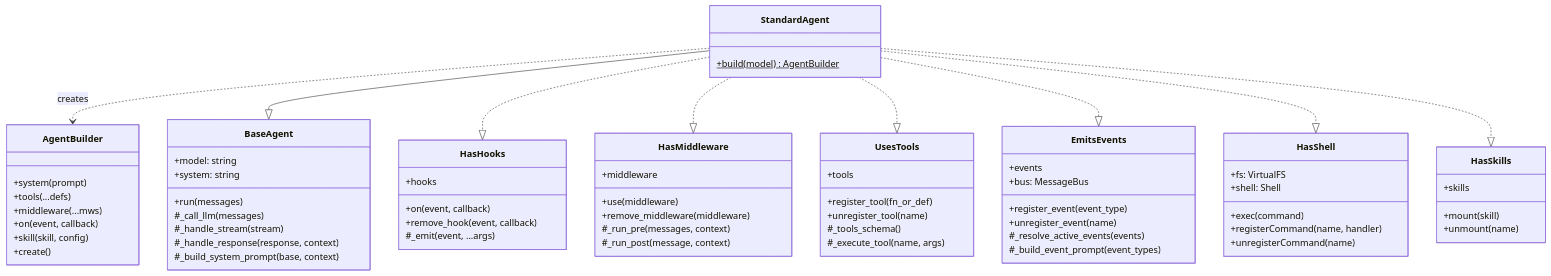
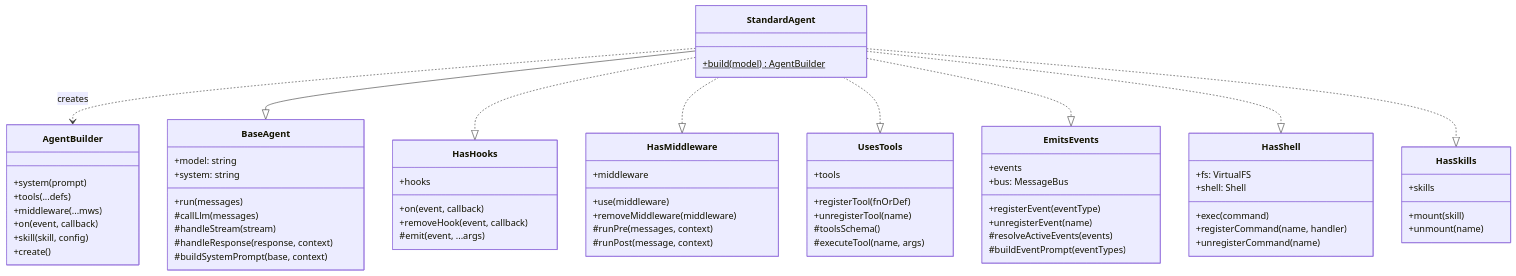
The first of 4 diagrams in docs/architecture.md (looksystems/playground-harness), drawn with Mermaid before and after one commit. The commit also changed other lines of this file and 4 other files, not shown here.

First line of the commit message:
Sync docs with implementations: fix naming, types, paths, and hook counts

````diff
--- a/docs/architecture.md
+++ b/docs/architecture.md
@@ -13,71 +13,71 @@
 ```mermaid
 classDiagram
     class BaseAgent {
         +model: string
         +system: string
         +run(messages)
-        #_call_llm(messages)
-        #_handle_stream(stream)
-        #_handle_response(response, context)
-        #_build_system_prompt(base, context)
+        #callLlm(messages)
+        #handleStream(stream)
+        #handleResponse(response, context)
+        #buildSystemPrompt(base, context)
     }
     class HasHooks {
         +on(event, callback)
-        +remove_hook(event, callback)
+        +removeHook(event, callback)
         +hooks
-        #_emit(event, ...args)
+        #emit(event, ...args)
     }
     class HasMiddleware {
         +use(middleware)
-        +remove_middleware(middleware)
+        +removeMiddleware(middleware)
         +middleware
-        #_run_pre(messages, context)
-        #_run_post(message, context)
+        #runPre(messages, context)
+        #runPost(message, context)
     }
     class UsesTools {
-        +register_tool(fn_or_def)
-        +unregister_tool(name)
+        +registerTool(fnOrDef)
+        +unregisterTool(name)
         +tools
-        #_tools_schema()
-        #_execute_tool(name, args)
+        #toolsSchema()
+        #executeTool(name, args)
     }
     class EmitsEvents {
-        +register_event(event_type)
-        +unregister_event(name)
+        +registerEvent(eventType)
+        +unregisterEvent(name)
         +events
         +bus: MessageBus
-        #_resolve_active_events(events)
-        #_build_event_prompt(event_types)
+        #resolveActiveEvents(events)
+        #buildEventPrompt(eventTypes)
     }
     class HasShell {
         +fs: VirtualFS
         +shell: Shell
         +exec(command)
         +registerCommand(name, handler)
         +unregisterCommand(name)
     }
     class HasSkills {
         +mount(skill)
         +unmount(name)
         +skills
     }
     class AgentBuilder {
         +system(prompt)
         +tools(...defs)
         +middleware(...mws)
         +on(event, callback)
         +skill(skill, config)
         +create()
     }
     class StandardAgent {
         +build(model)$ AgentBuilder
     }
     StandardAgent ..> AgentBuilder : creates
     StandardAgent --|> BaseAgent
     StandardAgent ..|> HasHooks
     StandardAgent ..|> HasMiddleware
     StandardAgent ..|> UsesTools
     StandardAgent ..|> EmitsEvents
     StandardAgent ..|> HasShell
     StandardAgent ..|> HasSkills
 ```
````
